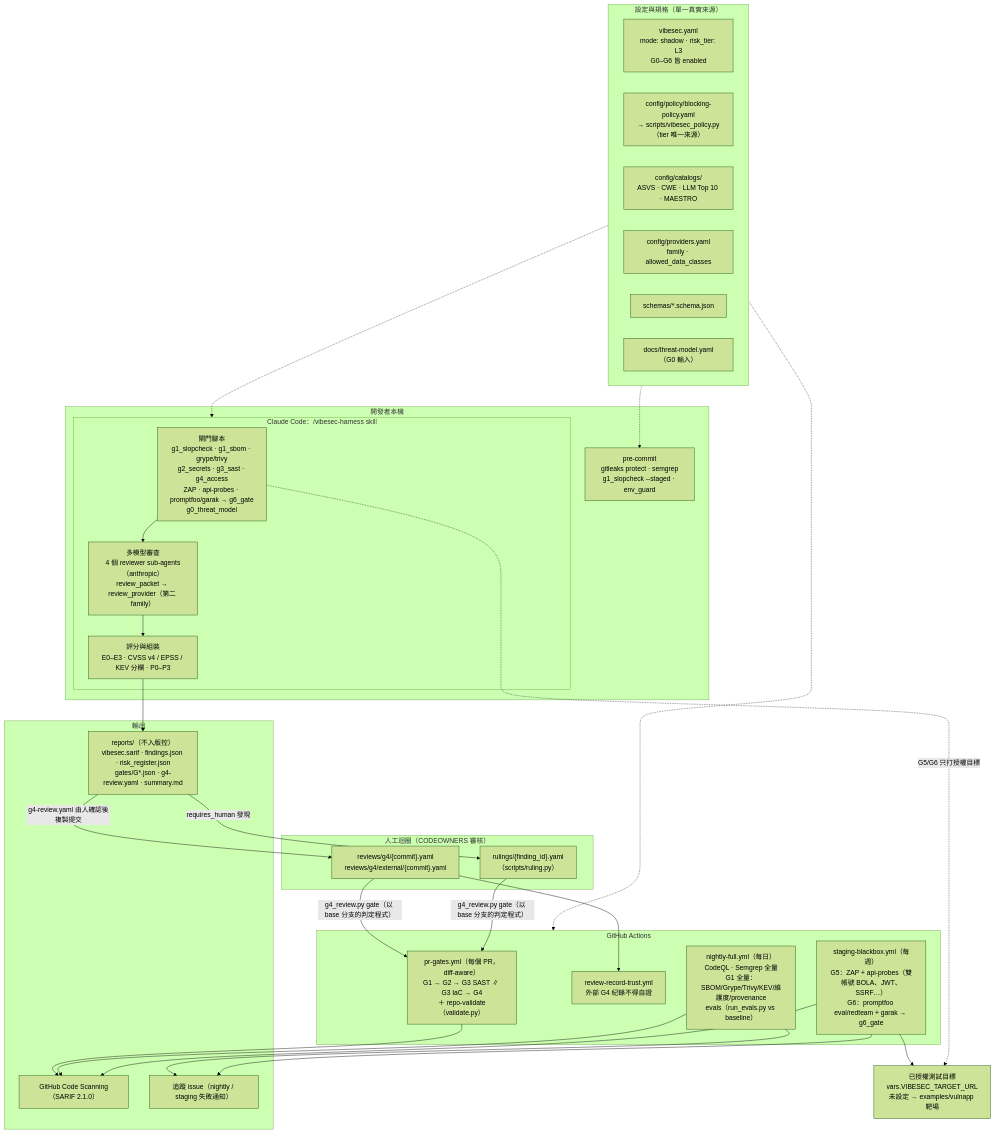
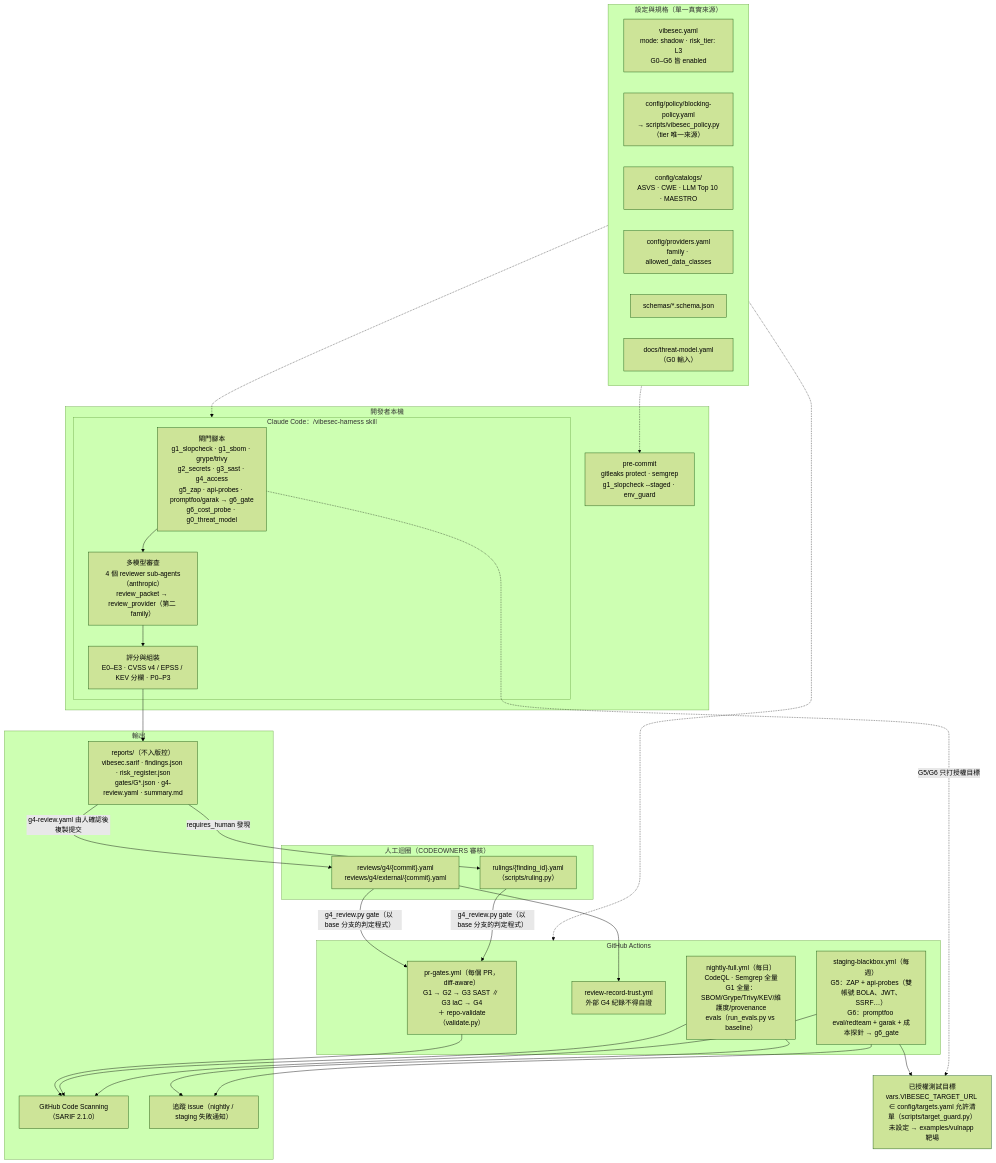
The first of 2 diagrams in README.md (chinchiang/MultiAgentDelta), drawn with Mermaid (forest theme) before and after one commit. The commit also changed other lines of this file, not shown here.

Commit message:
docs(readme): 補上 #73 之後新增的腳本與授權目標清單，並與 main 同步
合併 main 後核對 README 的目錄樹與架構圖，補上 PR 建立之後才出現的內容：
- scripts/：g5_zap.py、g6_cost_probe.py、target_guard.py
- config/targets.yaml（G5/G6 授權目標允許清單，CLAUDE.md 規則 8）
- 架構圖：目標節點標明由 config/targets.yaml 與 target_guard.py 把關；G5 改為 g5_zap，G6 加上成本探針

兩張 Mermaid 圖以 mermaid-cli 11.4.2 重新編譯通過；validate.py 276 項通過。

Claude-Session: https://claude.ai/code/session_019fykQNe66tK6cy7P7onNyF

````diff
--- a/README.md
+++ b/README.md
@@ -38,52 +38,52 @@
 ```mermaid
 flowchart TB
   subgraph SOT["設定與規格（單一真實來源）"]
     direction LR
     CFG["vibesec.yaml<br/>mode: shadow · risk_tier: L3<br/>G0–G6 皆 enabled"]
     POL["config/policy/blocking-policy.yaml<br/>→ scripts/vibesec_policy.py（tier 唯一來源）"]
     CAT["config/catalogs/<br/>ASVS · CWE · LLM Top 10 · MAESTRO"]
     PRV["config/providers.yaml<br/>family · allowed_data_classes"]
     SCH["schemas/*.schema.json"]
     TM["docs/threat-model.yaml（G0 輸入）"]
   end
 
   subgraph LOCAL["開發者本機"]
     PC["pre-commit<br/>gitleaks protect · semgrep<br/>g1_slopcheck --staged · env_guard"]
     subgraph HARN["Claude Code：/vibesec-harness skill"]
-      HG["閘門腳本<br/>g1_slopcheck · g1_sbom · grype/trivy<br/>g2_secrets · g3_sast · g4_access<br/>ZAP · api-probes · promptfoo/garak → g6_gate<br/>g0_threat_model"]
+      HG["閘門腳本<br/>g1_slopcheck · g1_sbom · grype/trivy<br/>g2_secrets · g3_sast · g4_access<br/>g5_zap · api-probes · promptfoo/garak → g6_gate<br/>g6_cost_probe · g0_threat_model"]
       HR["多模型審查<br/>4 個 reviewer sub-agents（anthropic）<br/>review_packet → review_provider（第二 family）"]
       HS["評分與組裝<br/>E0–E3 · CVSS v4 / EPSS / KEV 分欄 · P0–P3"]
     end
   end
 
   subgraph GHA["GitHub Actions"]
     PRG["pr-gates.yml（每個 PR，diff-aware）<br/>G1 → G2 → G3 SAST ∥ G3 IaC → G4<br/>＋ repo-validate（validate.py）"]
     RRT["review-record-trust.yml<br/>外部 G4 紀錄不得自證"]
     NF["nightly-full.yml（每日）<br/>CodeQL · Semgrep 全量<br/>G1 全量：SBOM/Grype/Trivy/KEV/維護度/provenance<br/>evals（run_evals.py vs baseline）"]
-    SB["staging-blackbox.yml（每週）<br/>G5：ZAP + api-probes（雙帳號 BOLA、JWT、SSRF…）<br/>G6：promptfoo eval/redteam + garak → g6_gate"]
+    SB["staging-blackbox.yml（每週）<br/>G5：ZAP + api-probes（雙帳號 BOLA、JWT、SSRF…）<br/>G6：promptfoo eval/redteam + garak + 成本探針 → g6_gate"]
   end
 
-  TARGET["已授權測試目標<br/>vars.VIBESEC_TARGET_URL<br/>未設定 → examples/vulnapp 靶場"]
+  TARGET["已授權測試目標<br/>vars.VIBESEC_TARGET_URL ∈ config/targets.yaml 允許清單（scripts/target_guard.py）<br/>未設定 → examples/vulnapp 靶場"]
 
   subgraph OUT["輸出"]
     REP["reports/（不入版控）<br/>vibesec.sarif · findings.json · risk_register.json<br/>gates/G*.json · g4-review.yaml · summary.md"]
     CS["GitHub Code Scanning（SARIF 2.1.0）"]
     ISS["追蹤 issue（nightly / staging 失敗通知）"]
   end
 
   subgraph HUMAN["人工迴圈（CODEOWNERS 審核）"]
     RV["reviews/g4/{commit}.yaml<br/>reviews/g4/external/{commit}.yaml"]
     RU["rulings/{finding_id}.yaml<br/>（scripts/ruling.py）"]
   end
 
   SOT -.-> PC & HARN & GHA
   HG --> HR --> HS --> REP
   SB --> TARGET
   HG -. "G5/G6 只打授權目標" .-> TARGET
   PRG & NF & SB --> CS
   NF & SB --> ISS
   REP -- "g4-review.yaml 由人確認後複製提交" --> RV
   REP -- "requires_human 發現" --> RU
   RV & RU -- "g4_review.py gate（以 base 分支的判定程式）" --> PRG
   RV --> RRT
 ```
````
